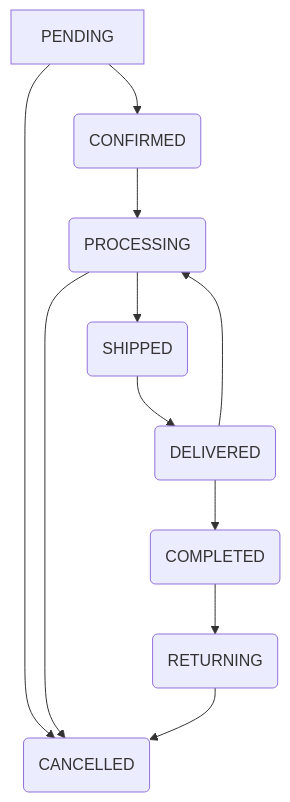
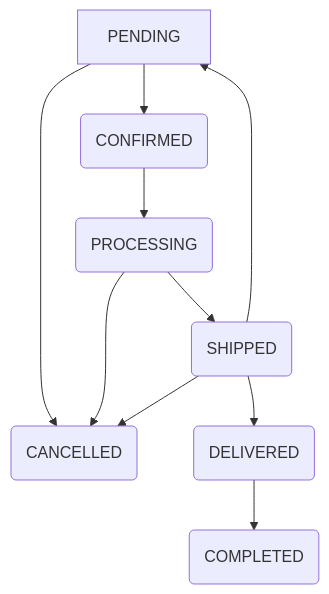
The diagram in docs/essential/01_BUSINESS_LOGIC.md (shine391-org/meocrm), drawn with Mermaid before and after one commit. The commit also changed other lines of this file and 35 other files, not shown here.

````diff
--- a/docs/essential/01_BUSINESS_LOGIC.md
+++ b/docs/essential/01_BUSINESS_LOGIC.md
@@ -15,13 +15,12 @@
 ```mermaid
 graph TD
     A[PENDING] --> B(CONFIRMED)
     A --> C(CANCELLED)
     B --> D(PROCESSING)
+    D --> C
     D --> E(SHIPPED)
-    D --> C
+    E --> A
+    E --> C
     E --> F(DELIVERED)
     F --> G(COMPLETED)
-    F --> D
-    G --> H(RETURNING)
-    H --> C
 ```
````
